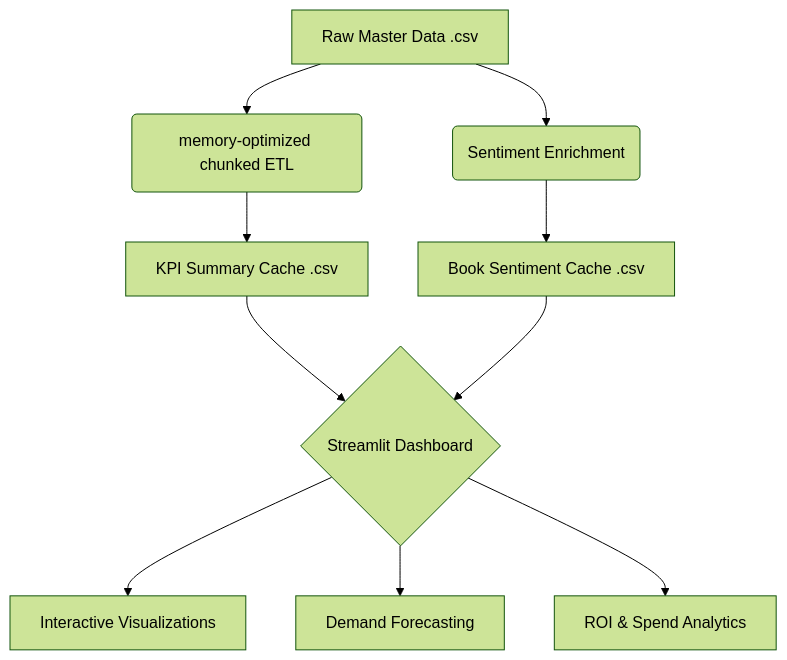
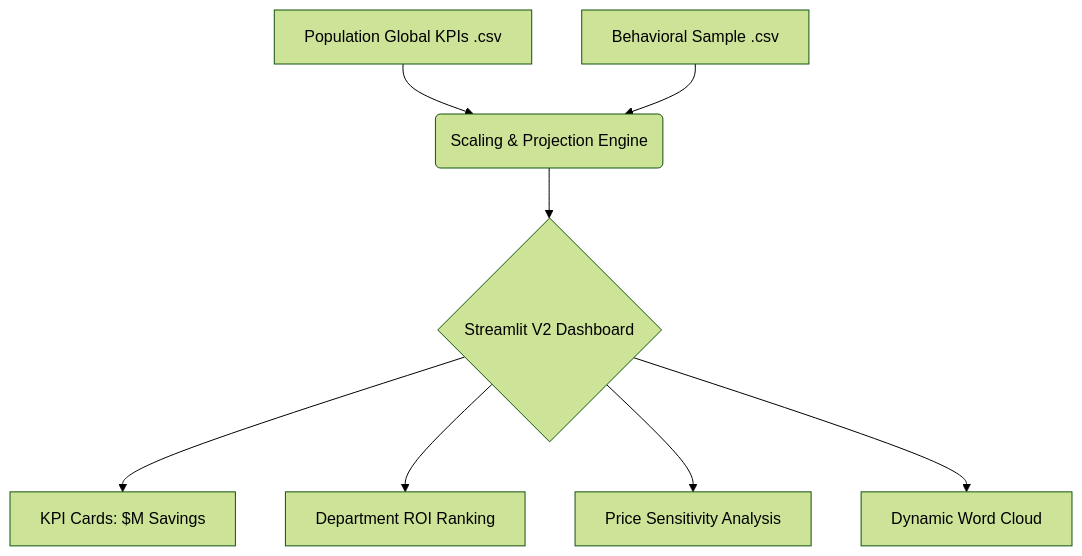
Before and after one commit to Ashishparmar265/Predictive-procurement-dashboard: the diagram in README.md, drawn with Mermaid (forest theme). The commit also changed other lines of this file, not shown here.

````diff
--- a/README.md
+++ b/README.md
@@ -9,11 +22,10 @@
 ```mermaid
 graph TD
-    A[Raw Master Data .csv] --> B(memory-optimized chunked ETL)
-    B --> C[KPI Summary Cache .csv]
-    A --> D(Sentiment Enrichment)
-    D --> E[Book Sentiment Cache .csv]
-    C & E --> F{Streamlit Dashboard}
-    F --> G[Interactive Visualizations]
-    F --> H[Demand Forecasting]
-    F --> I[ROI & Spend Analytics]
+    A[Population Global KPIs .csv] --> B(Scaling & Projection Engine)
+    C[Behavioral Sample .csv] --> B
+    B --> D{Streamlit V2 Dashboard}
+    D --> E[KPI Cards: $M Savings]
+    D --> F[Department ROI Ranking]
+    D --> G[Price Sensitivity Analysis]
+    D --> H[Dynamic Word Cloud]
 ```
````
